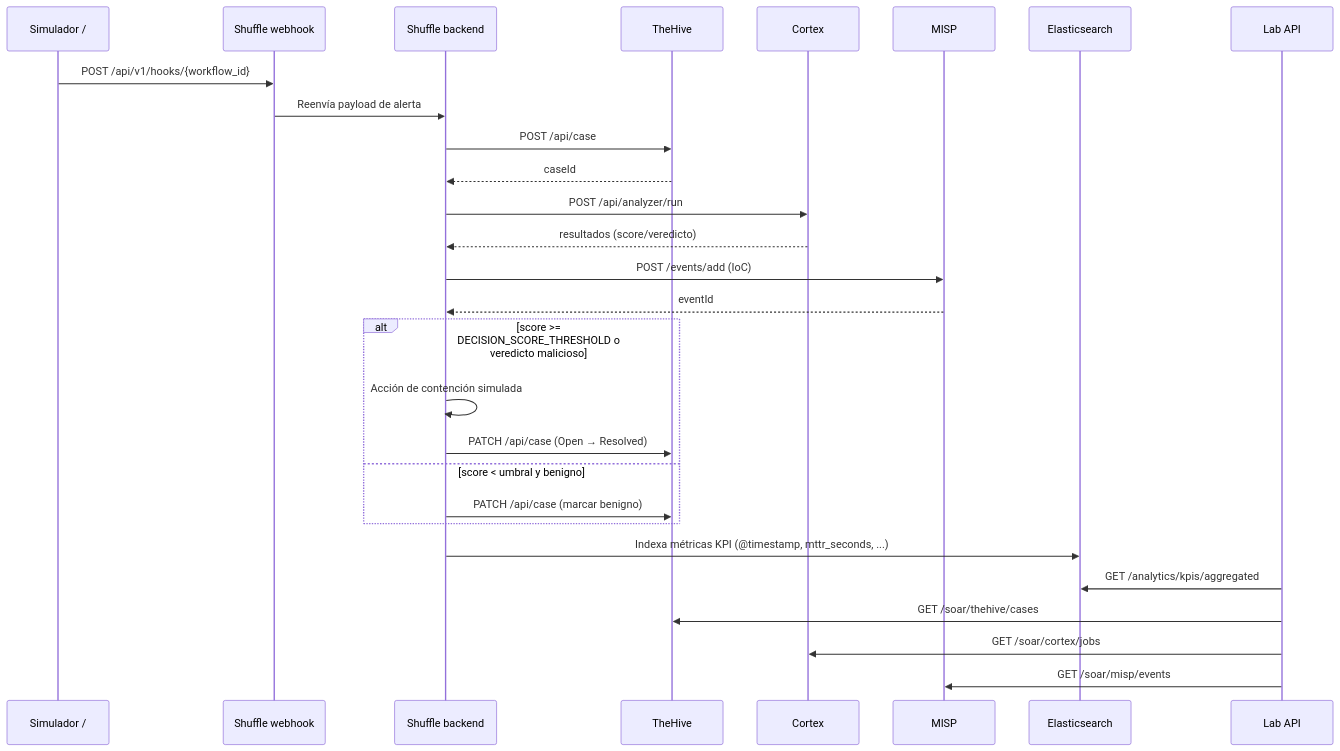
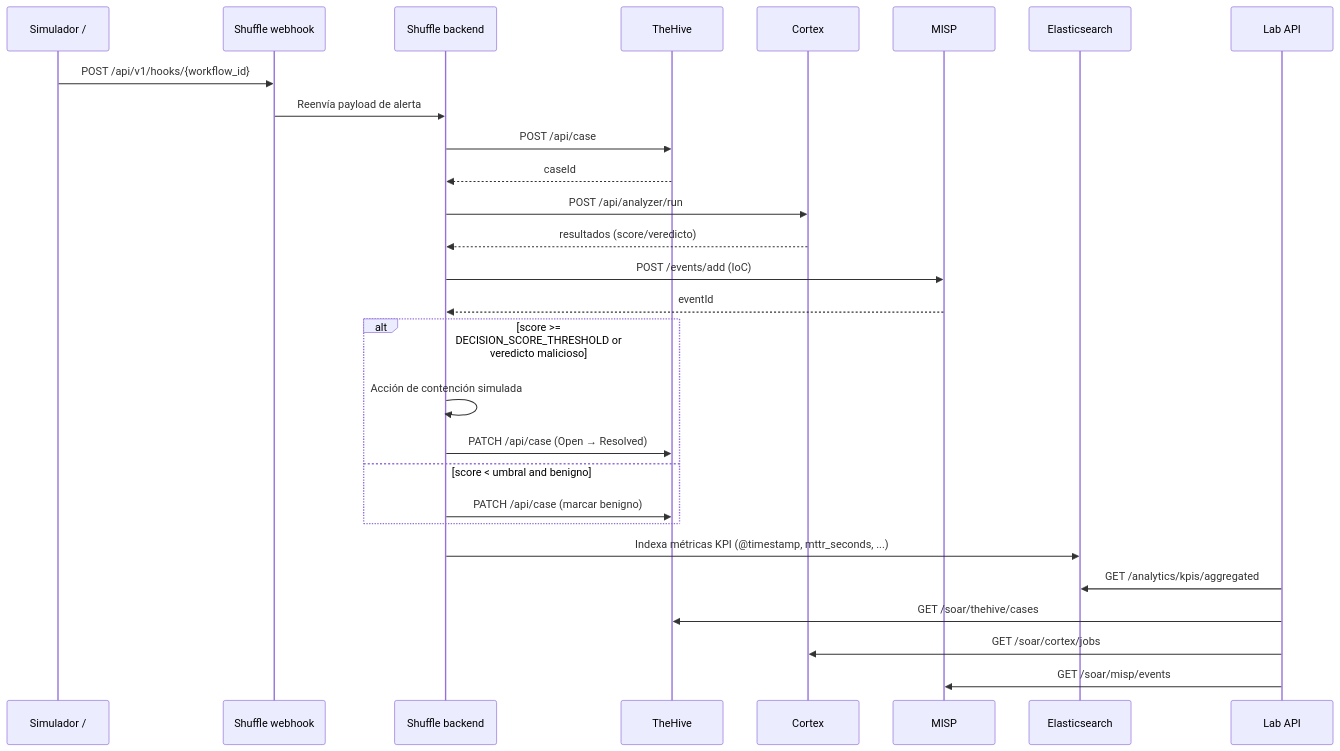
Before and after one commit to alesanfe/soar-ransomware-lab: the third of 6 diagrams in docs/04-operations.md, drawn with Mermaid. The commit also changed other lines of this file and 3 other files, not shown here.

Commit message:
docs: fix remaining Mermaid o/y->or/and, trailing slashes, missing word in test description

````diff
--- a/docs/04-operations.md
+++ b/docs/04-operations.md
@@ -1551,31 +1551,31 @@
 ```mermaid
 sequenceDiagram
  participant Sim as Simulador /
  participant Shuffle as Shuffle webhook
  participant Backend as Shuffle backend
  participant TheHive as TheHive
  participant Cortex as Cortex
  participant MISP as MISP
  participant ES as Elasticsearch
  participant API as Lab API
 
  Sim->>Shuffle: POST /api/v1/hooks/{workflow_id}
  Shuffle->>Backend: Reenvía payload de alerta
  Backend->>TheHive: POST /api/case
  TheHive-->>Backend: caseId
  Backend->>Cortex: POST /api/analyzer/run
  Cortex-->>Backend: resultados (score/veredicto)
  Backend->>MISP: POST /events/add (IoC)
  MISP-->>Backend: eventId
- alt score >= DECISION_SCORE_THRESHOLD o veredicto malicioso
+ alt score >= DECISION_SCORE_THRESHOLD or veredicto malicioso
  Backend->>Backend: Acción de contención simulada
  Backend->>TheHive: PATCH /api/case (Open → Resolved)
- else score < umbral y benigno
+ else score < umbral and benigno
  Backend->>TheHive: PATCH /api/case (marcar benigno)
  end
  Backend->>ES: Indexa métricas KPI (@timestamp, mttr_seconds, ...)
  API->>ES: GET /analytics/kpis/aggregated
  API->>TheHive: GET /soar/thehive/cases
  API->>Cortex: GET /soar/cortex/jobs
  API->>MISP: GET /soar/misp/events
 ```
````
